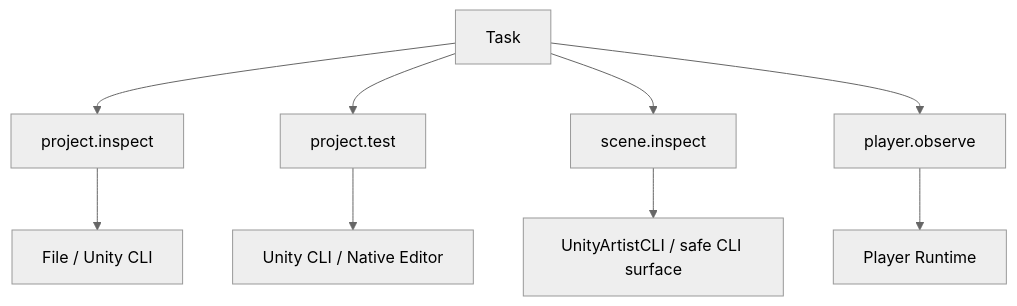
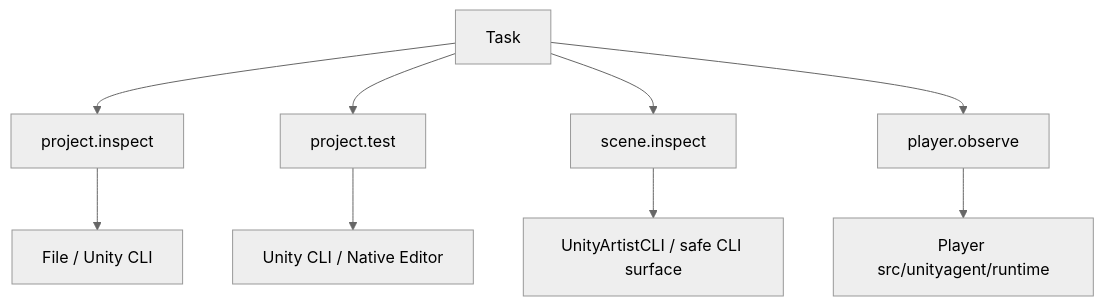
The second of 5 diagrams in docs/unity-environment-adaptation.md (DarumaPPAP/UnityAgent), drawn with Mermaid (neutral theme) before and after one commit. The commit also changed other lines of this file and 1025 other files, not shown here.

````diff
--- a/docs/unity-environment-adaptation.md
+++ b/docs/unity-environment-adaptation.md
@@ -111,12 +111,12 @@
 ```mermaid
 flowchart TD
     T[Task] --> C1[project.inspect]
     T --> C2[project.test]
     T --> C3[scene.inspect]
     T --> C4[player.observe]
 
     C1 --> P1[File / Unity CLI]
     C2 --> P2[Unity CLI / Native Editor]
     C3 --> P3[UnityArtistCLI / safe CLI surface]
-    C4 --> P4[Player Runtime]
+    C4 --> P4[Player src/unityagent/runtime]
 ```
````
